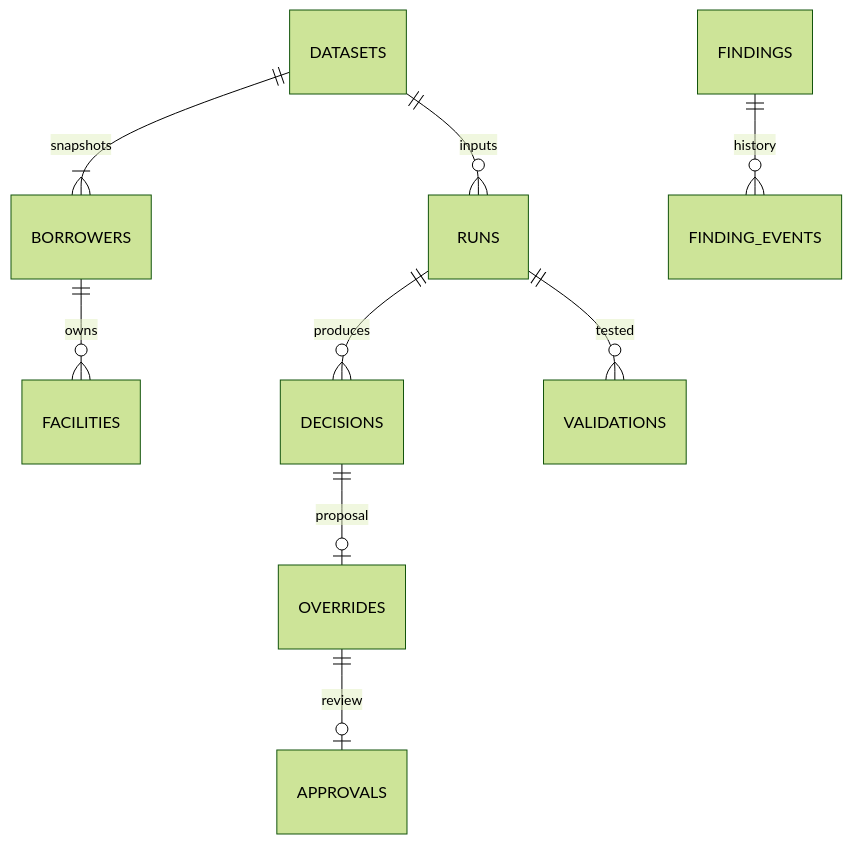
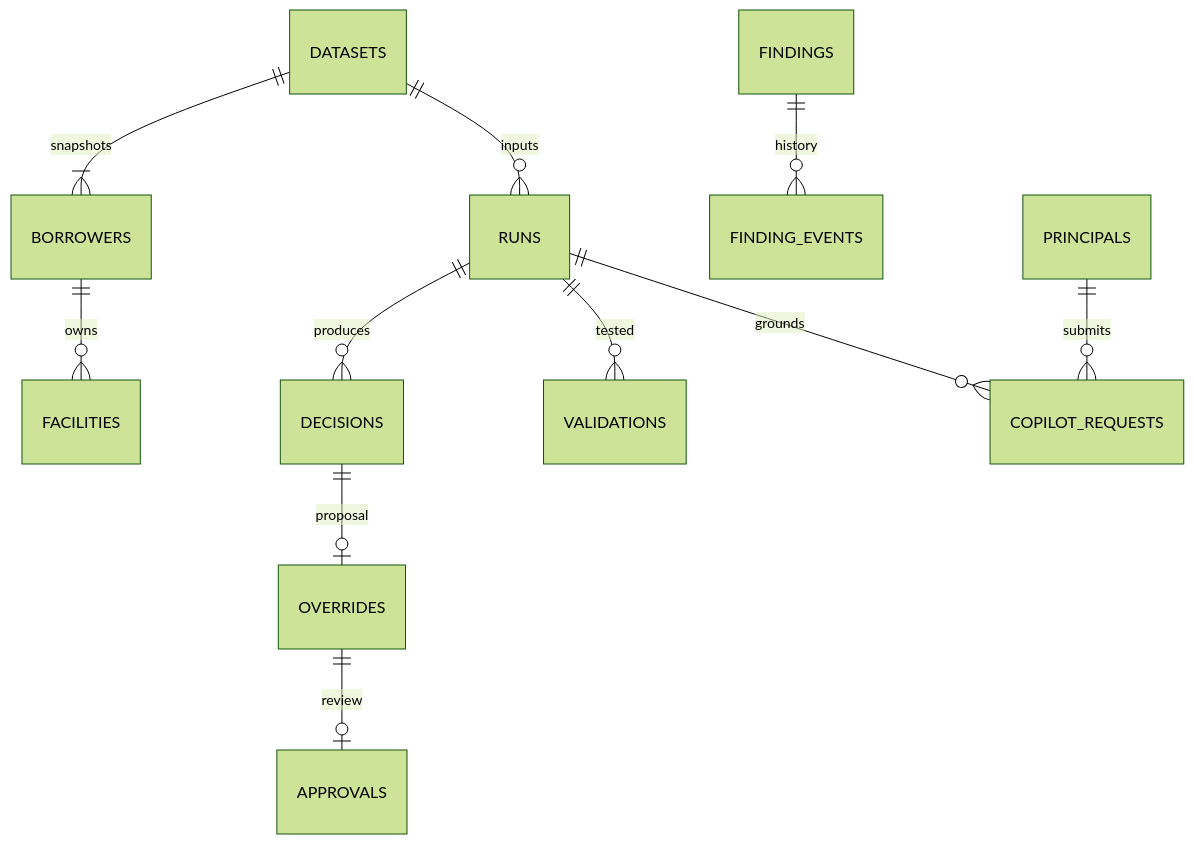
One commit to adel3amr/Credit-Risk-Analytics changed the diagram in DATABASE_SCHEMA.md. Above: the diagram before and after it, drawn with Mermaid (forest theme). The commit also changed other lines of this file and 27 other files, not shown here.

````diff
--- a/DATABASE_SCHEMA.md
+++ b/DATABASE_SCHEMA.md
@@ -5,11 +5,13 @@
 ```mermaid
 erDiagram
  DATASETS ||--|{ BORROWERS : snapshots
  DATASETS ||--o{ RUNS : inputs
  BORROWERS ||--o{ FACILITIES : owns
  RUNS ||--o{ DECISIONS : produces
  DECISIONS ||--o| OVERRIDES : proposal
  OVERRIDES ||--o| APPROVALS : review
  RUNS ||--o{ VALIDATIONS : tested
  FINDINGS ||--o{ FINDING_EVENTS : history
+ PRINCIPALS ||--o{ COPILOT_REQUESTS : submits
+ RUNS ||--o{ COPILOT_REQUESTS : grounds
 ```
````
